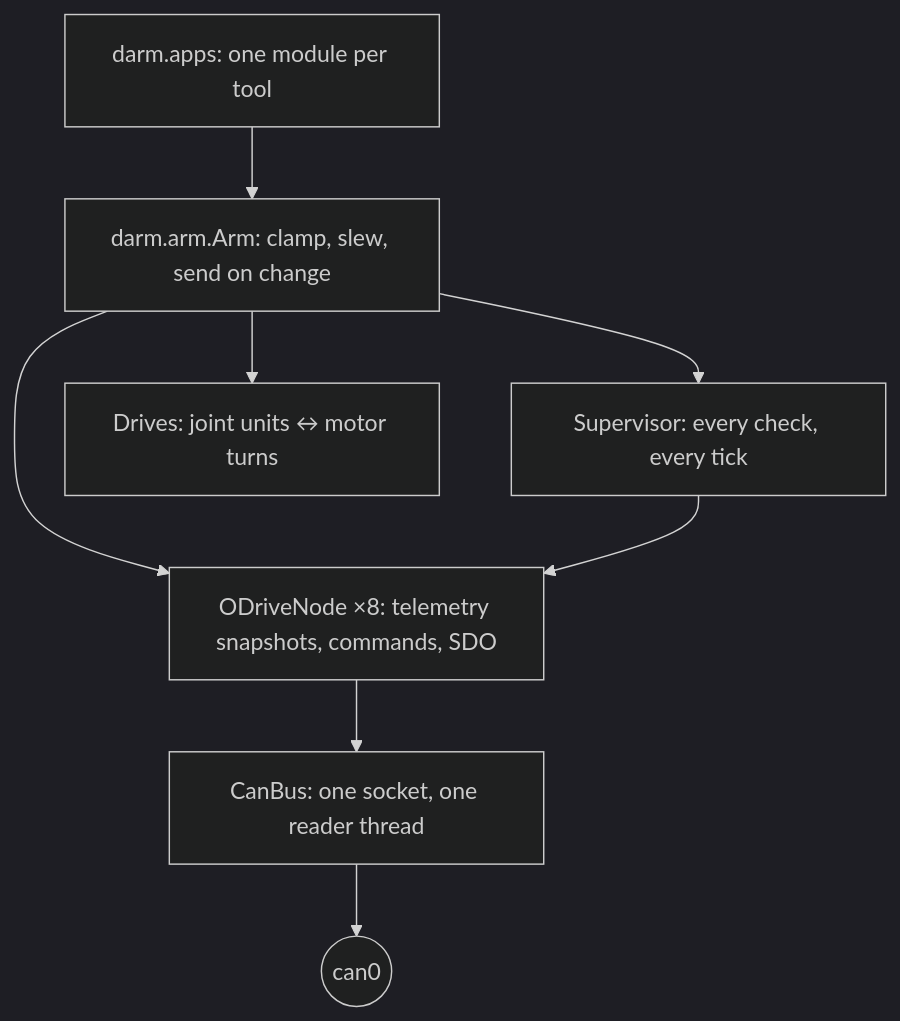
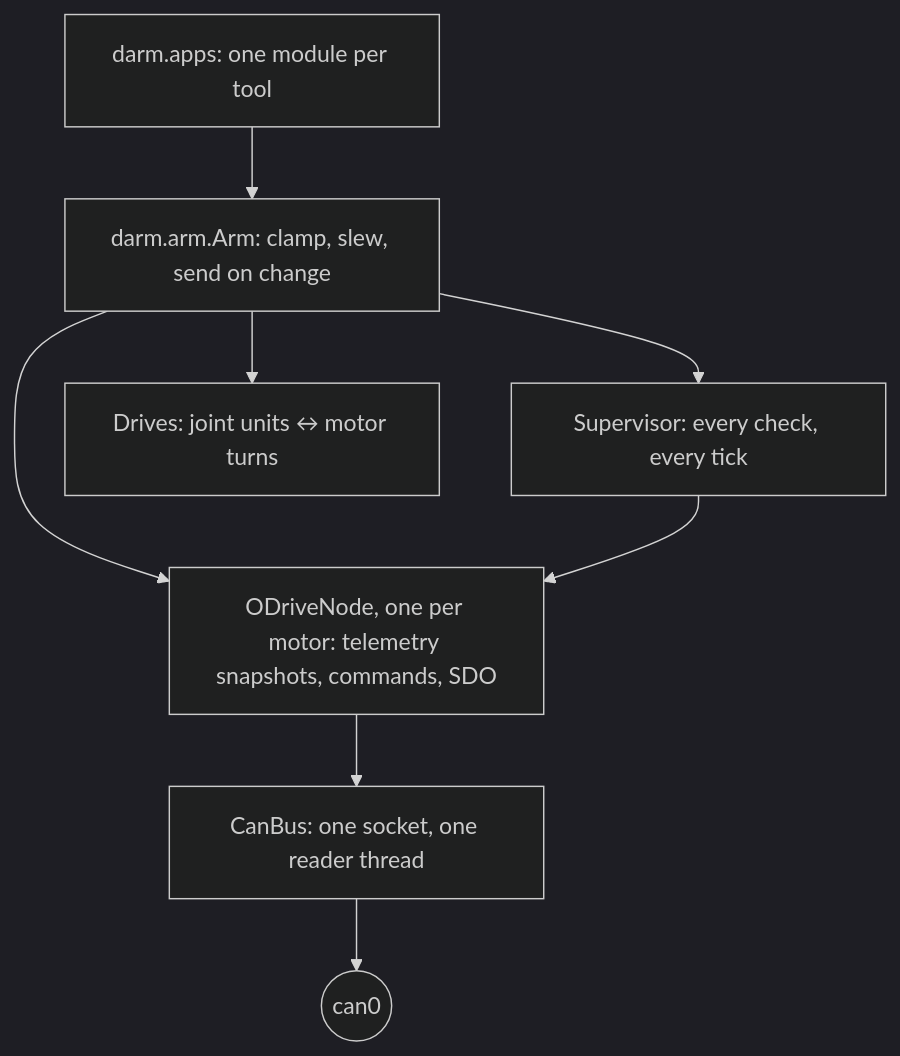
One commit to JesseDarr/dARM_odrive_tools changed the diagram in README.md. Above: the diagram before and after it, drawn with Mermaid (dark theme). The commit also changed other lines of this file and 11 other files, not shown here.

First line of the commit message:
Retire dARM: one motor per joint; darm.toml becomes the dARM2 placeholder

````diff
--- a/README.md
+++ b/README.md
@@ -115,10 +128,10 @@
 ```mermaid
 graph TD
     apps["darm.apps: one module per tool"] --> arm["darm.arm.Arm: clamp, slew, send on change"]
     arm --> supervisor["Supervisor: every check, every tick"]
     arm --> drives["Drives: joint units ↔ motor turns"]
-    arm --> nodes["ODriveNode ×8: telemetry snapshots, commands, SDO"]
+    arm --> nodes["ODriveNode, one per motor: telemetry snapshots, commands, SDO"]
     supervisor --> nodes
     nodes --> bus["CanBus: one socket, one reader thread"]
     bus --> can0(("can0"))
 ```
````
